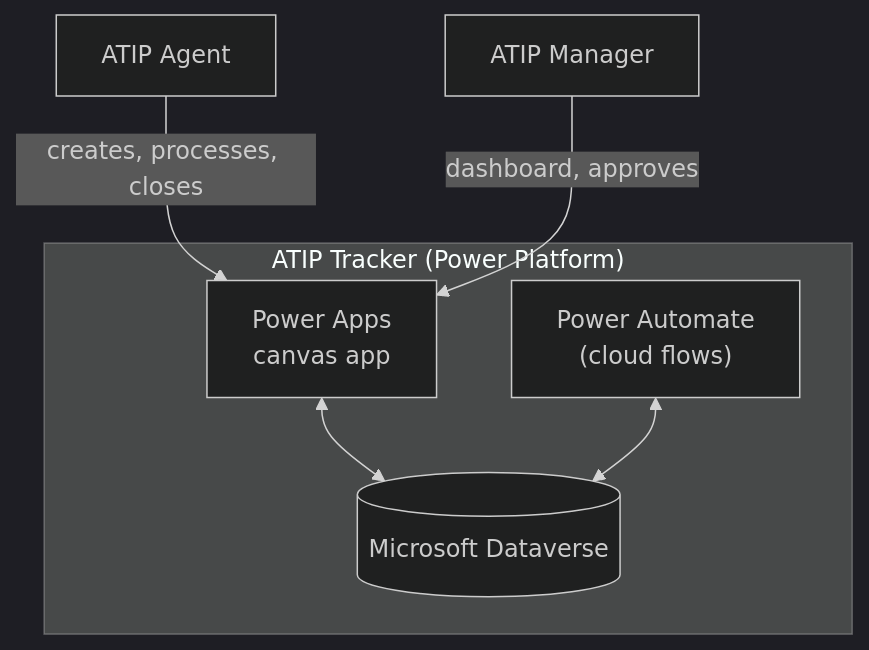
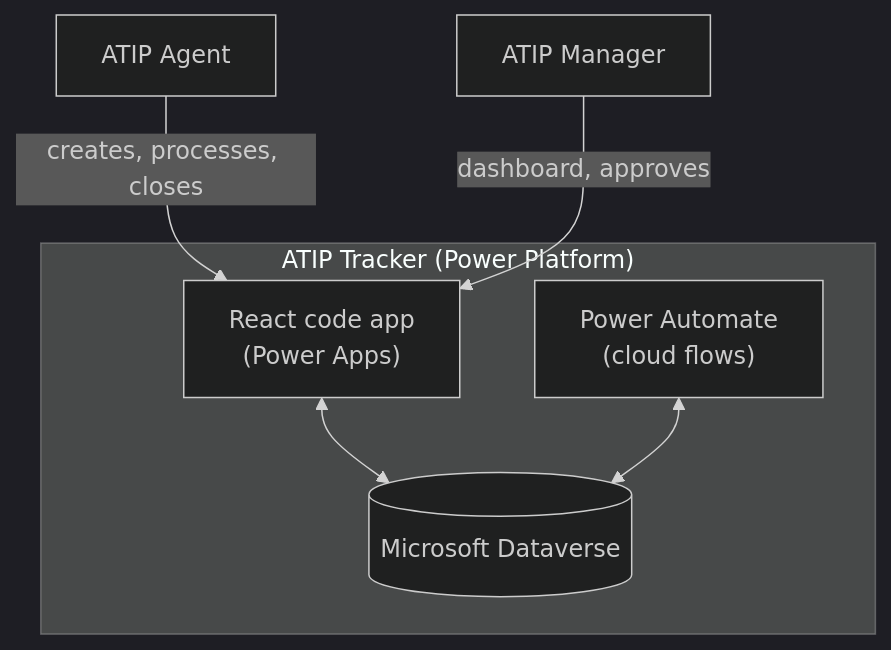
The diagram in README.en.md (itsGween/tracker-aiprp), drawn with Mermaid (dark theme) before and after one commit. The commit also changed other lines of this file and 16 other files, not shown here.

First line of the commit message:
refactor: pivot vers une Power Apps code app (React) au lieu du canvas

````diff
--- a/README.en.md
+++ b/README.en.md
@@ -32,16 +32,16 @@
 ```mermaid
 graph TD
     Agent["ATIP Agent"]
     Mgr["ATIP Manager"]
 
     subgraph System["ATIP Tracker (Power Platform)"]
-        App["Power Apps<br/>canvas app"]
+        App["React code app<br/>(Power Apps)"]
         DV[("Microsoft Dataverse")]
         PA["Power Automate<br/>(cloud flows)"]
     end
 
     Agent -->|"creates, processes, closes"| App
     Mgr -->|"dashboard, approves"| App
     App <--> DV
     PA <--> DV
 ```
````
